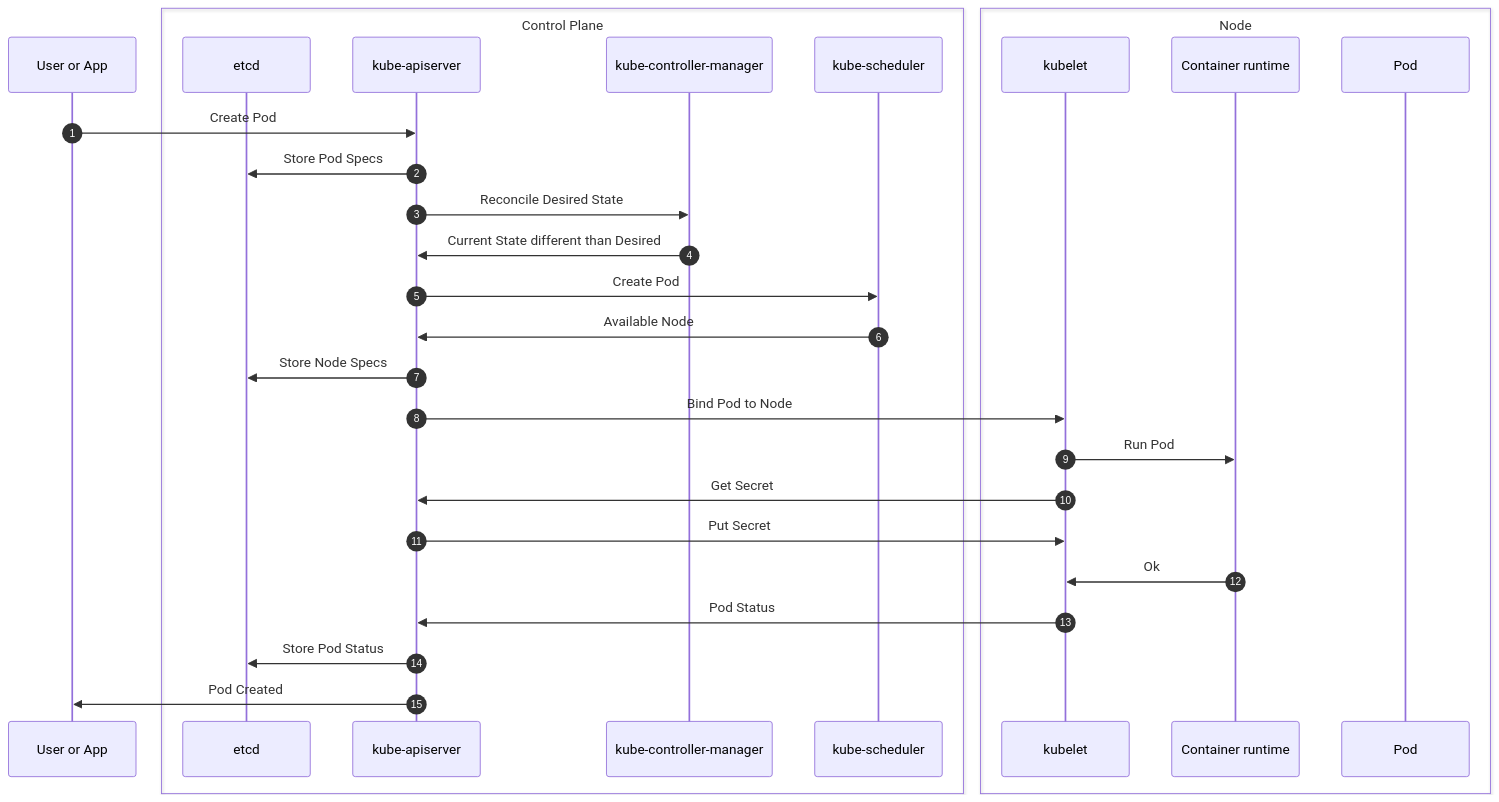
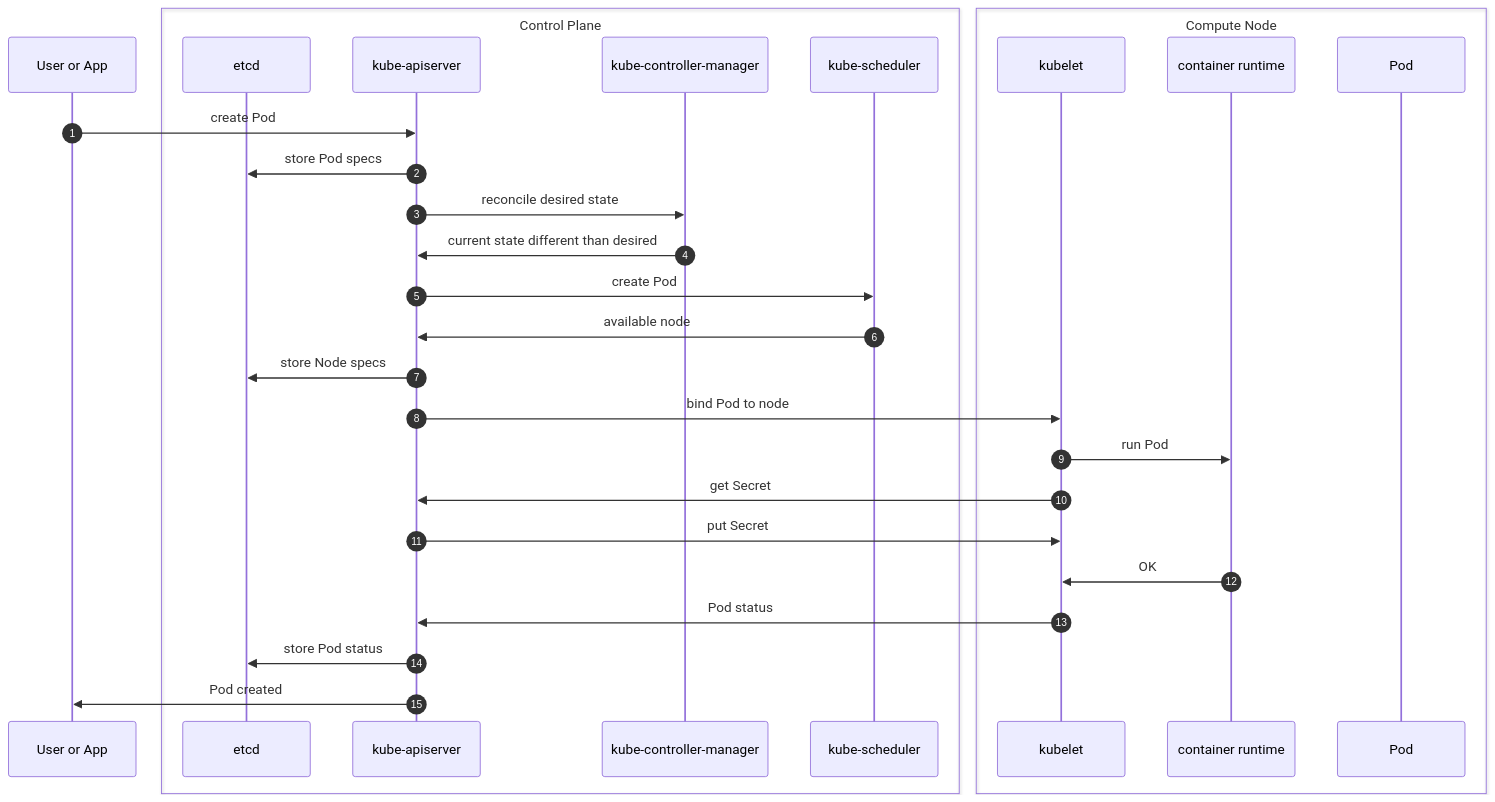
The second of 2 diagrams in ch01/example02/readme.md (PacktPublishing/Kubernetes-Secrets-Handbook), drawn with Mermaid before and after one commit. The commit also changed other lines of this file, not shown here.

````diff
--- a/ch01/example02/readme.md
+++ b/ch01/example02/readme.md
@@ -205,31 +205,31 @@
 ```mermaid
 sequenceDiagram
 participant User or App
 box Control Plane
 participant etcd
 participant kube-apiserver
 participant kube-controller-manager
 participant kube-scheduler
 end
-box Node
+box Compute Node
 participant kubelet
-participant Container runtime
+participant container runtime
 participant Pod
 end
 autonumber
-  User or App->>kube-apiserver: Create Pod
-  kube-apiserver->>etcd: Store Pod Specs
-  kube-apiserver->>kube-controller-manager: Reconcile Desired State
-  kube-controller-manager->>kube-apiserver: Current State different than Desired
-  kube-apiserver->>kube-scheduler: Create Pod
-  kube-scheduler->>kube-apiserver: Available Node
-  kube-apiserver->>etcd: Store Node Specs
-  kube-apiserver->>kubelet: Bind Pod to Node
-  kubelet->>Container runtime: Run Pod
-  kubelet->>kube-apiserver: Get Secret
-  kube-apiserver->>kubelet: Put Secret
-  Container runtime->>kubelet: Ok
-  kubelet->>kube-apiserver: Pod Status
-  kube-apiserver->>etcd: Store Pod Status
-  kube-apiserver->>User or App: Pod Created
+  User or App->>kube-apiserver: create Pod
+  kube-apiserver->>etcd: store Pod specs
+  kube-apiserver->>kube-controller-manager: reconcile desired state
+  kube-controller-manager->>kube-apiserver: current state different than desired
+  kube-apiserver->>kube-scheduler: create Pod
+  kube-scheduler->>kube-apiserver: available node
+  kube-apiserver->>etcd: store Node specs
+  kube-apiserver->>kubelet: bind Pod to node
+  kubelet->>container runtime: run Pod
+  kubelet->>kube-apiserver: get Secret
+  kube-apiserver->>kubelet: put Secret
+  container runtime->>kubelet: OK
+  kubelet->>kube-apiserver: Pod status
+  kube-apiserver->>etcd: store Pod status
+  kube-apiserver->>User or App: Pod created
 ```
````
